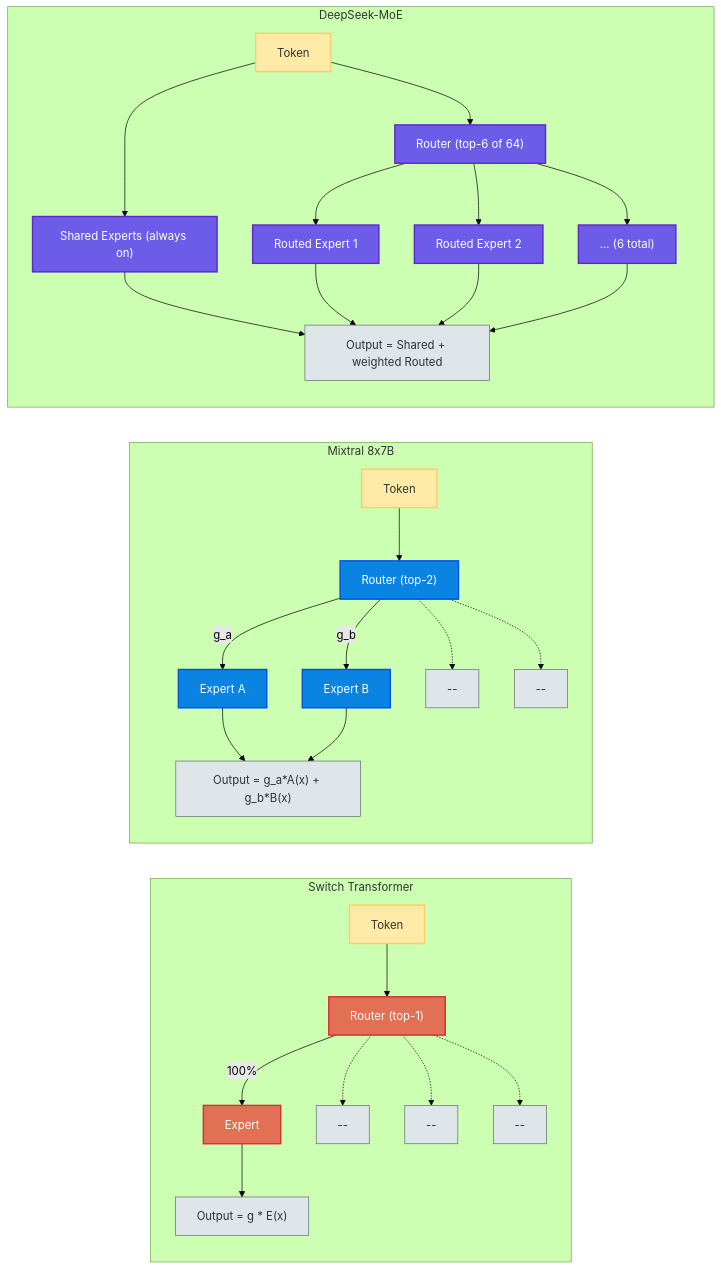
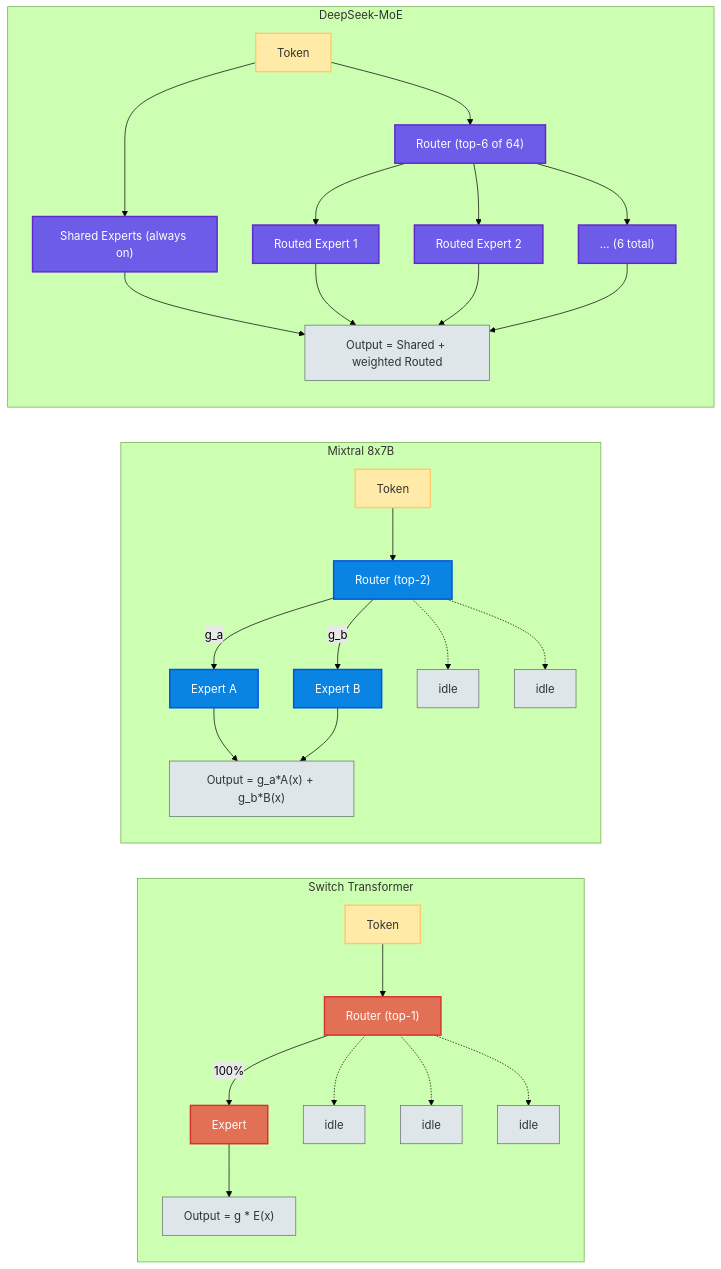
One commit to prashantkul/learn-generative-ai changed the fourth of 4 diagrams in 10-mixture-of-experts/notes.md. Above: the diagram before and after it, drawn with Mermaid (forest theme). The commit also changed other lines of this file and 1 other file, not shown here.

Commit message:
feat: add live MoE demo notebook, fix LaTeX superscript errors
- Add live-moe-demo.ipynb: loads Qwen1.5-MoE-A2.7B, hooks into routers,
  visualizes expert activation heatmaps, utilization, entropy, and
  cross-prompt similarity analysis
- Fix LaTeX: brace ^* -> ^{*}, ^N -> ^{N} for GitHub KaTeX compatibility
- Fix Mermaid: replace "--" node labels with "idle" to avoid parse errors

````diff
--- a/10-mixture-of-experts/notes.md
+++ b/10-mixture-of-experts/notes.md
@@ -560,63 +560,63 @@
 ```mermaid
 graph LR
     classDef switchStyle fill:#e17055,stroke:#d63031,color:#fff,stroke-width:2px
     classDef mixtralStyle fill:#0984e3,stroke:#0652DD,color:#fff,stroke-width:2px
     classDef deepseekStyle fill:#6c5ce7,stroke:#5f27cd,color:#fff,stroke-width:2px
     classDef tokenNode fill:#ffeaa7,stroke:#fdcb6e,color:#333,stroke-width:2px
     classDef outputNode fill:#dfe6e9,stroke:#636e72,color:#2d3436,stroke-width:1px
 
     subgraph Switch["Switch Transformer"]
         direction TB
         ST["Token"]:::tokenNode
         SR["Router (top-1)"]:::switchStyle
         SE1["Expert"]:::switchStyle
-        SE2["--"]:::outputNode
-        SE3["--"]:::outputNode
-        SE4["--"]:::outputNode
+        SE2["idle"]:::outputNode
+        SE3["idle"]:::outputNode
+        SE4["idle"]:::outputNode
         SO["Output = g * E(x)"]:::outputNode
         ST --> SR
         SR -->|"100%"| SE1
         SR -.-> SE2
         SR -.-> SE3
         SR -.-> SE4
         SE1 --> SO
     end
 
     subgraph Mixtral["Mixtral 8x7B"]
         direction TB
         MT["Token"]:::tokenNode
         MR["Router (top-2)"]:::mixtralStyle
         ME1["Expert A"]:::mixtralStyle
         ME2["Expert B"]:::mixtralStyle
-        ME3["--"]:::outputNode
-        ME4["--"]:::outputNode
+        ME3["idle"]:::outputNode
+        ME4["idle"]:::outputNode
         MO["Output = g_a*A(x) + g_b*B(x)"]:::outputNode
         MT --> MR
         MR -->|"g_a"| ME1
         MR -->|"g_b"| ME2
         MR -.-> ME3
         MR -.-> ME4
         ME1 --> MO
         ME2 --> MO
     end
 
     subgraph DeepSeek["DeepSeek-MoE"]
         direction TB
         DT["Token"]:::tokenNode
         DS["Shared Experts (always on)"]:::deepseekStyle
         DR["Router (top-6 of 64)"]:::deepseekStyle
         DE1["Routed Expert 1"]:::deepseekStyle
         DE2["Routed Expert 2"]:::deepseekStyle
         DE3["... (6 total)"]:::deepseekStyle
         DO["Output = Shared + weighted Routed"]:::outputNode
         DT --> DS
         DT --> DR
         DR --> DE1
         DR --> DE2
         DR --> DE3
         DS --> DO
         DE1 --> DO
         DE2 --> DO
         DE3 --> DO
     end
 ```
````
